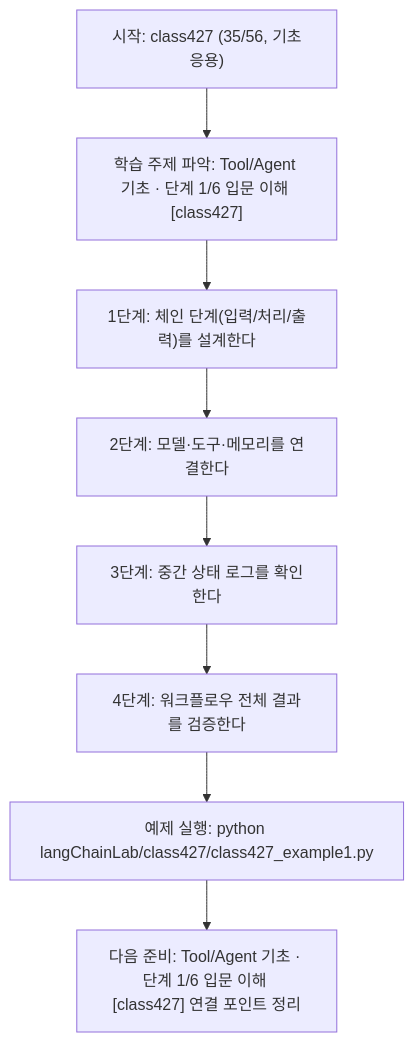
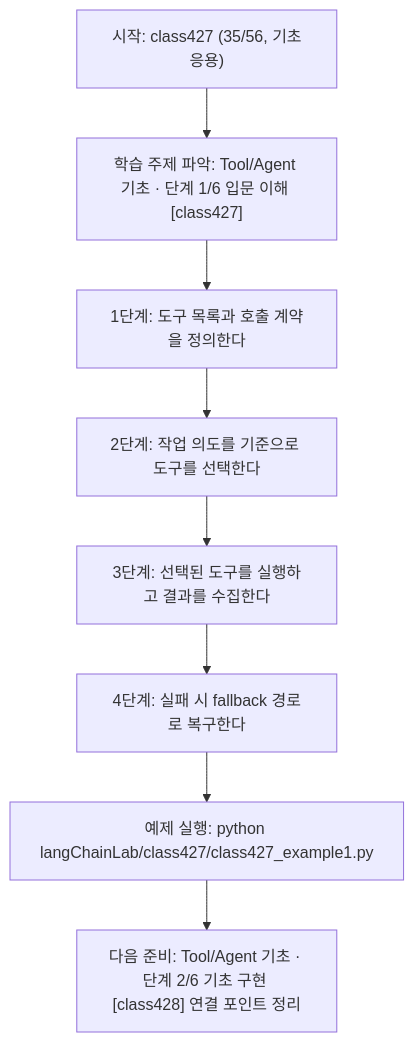
One commit to edumgt/Python-AI_Agent-Class changed the diagram in langChainLab/class427/class427.md. Above: the diagram before and after it, drawn with Mermaid. The commit also changed other lines of this file and 395 other files, not shown here.

````diff
--- a/langChainLab/class427/class427.md
+++ b/langChainLab/class427/class427.md
@@ -110,18 +91,18 @@
 ```mermaid
 flowchart TD
 N1["시작: class427 (35/56, 기초응용)"]
 N2["학습 주제 파악: Tool/Agent 기초 · 단계 1/6 입문 이해 [class427]"]
-N3["1단계: 체인 단계(입력/처리/출력)를 설계한다"]
-N4["2단계: 모델·도구·메모리를 연결한다"]
-N5["3단계: 중간 상태 로그를 확인한다"]
-N6["4단계: 워크플로우 전체 결과를 검증한다"]
+N3["1단계: 도구 목록과 호출 계약을 정의한다"]
+N4["2단계: 작업 의도를 기준으로 도구를 선택한다"]
+N5["3단계: 선택된 도구를 실행하고 결과를 수집한다"]
+N6["4단계: 실패 시 fallback 경로로 복구한다"]
 N7["예제 실행: python langChainLab/class427/class427_example1.py"]
-N8["다음 준비: Tool/Agent 기초 · 단계 1/6 입문 이해 [class427] 연결 포인트 정리"]
+N8["다음 준비: Tool/Agent 기초 · 단계 2/6 기초 구현 [class428] 연결 포인트 정리"]
 N1 --> N2
 N2 --> N3
 N3 --> N4
 N4 --> N5
 N5 --> N6
 N6 --> N7
 N7 --> N8
 ```
````
